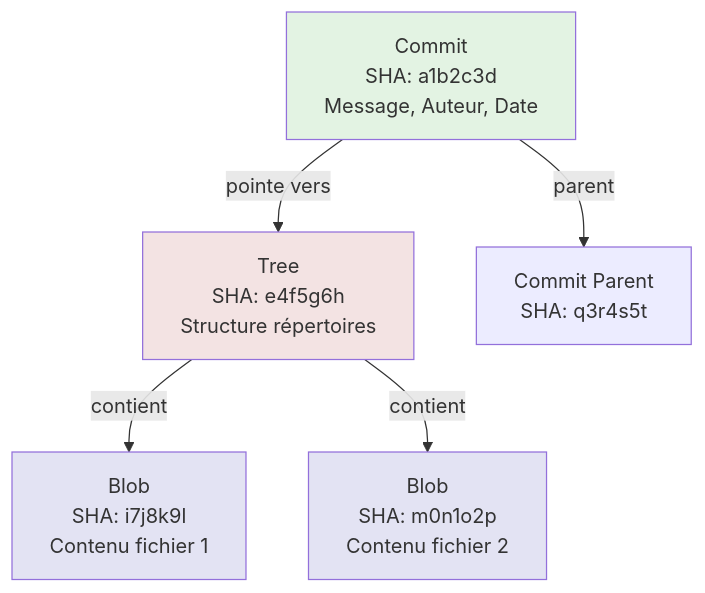
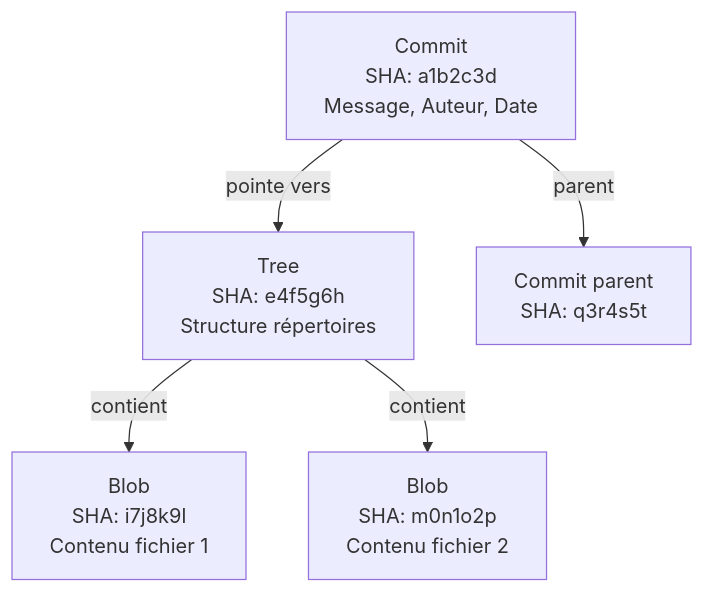
Before and after one commit to zyrass/omnydocs: the fourth of 8 diagrams in docs/bases/outils/git.md, drawn with Mermaid. The commit also changed other lines of this file and 89 other files, not shown here.

````diff
--- a/docs/bases/outils/git.md
+++ b/docs/bases/outils/git.md
@@ -139,18 +120,13 @@
 ```mermaid
-graph TB
-    A[Commit<br/>SHA: a1b2c3d<br/>Message, Auteur, Date]
-    B[Tree<br/>SHA: e4f5g6h<br/>Structure répertoires]
-    C[Blob<br/>SHA: i7j8k9l<br/>Contenu fichier 1]
-    D[Blob<br/>SHA: m0n1o2p<br/>Contenu fichier 2]
-    E[Commit Parent<br/>SHA: q3r4s5t]
-    
-    A -->|pointe vers| B
-    A -->|parent| E
-    B -->|contient| C
-    B -->|contient| D
-    
-    style A fill:#e3f3e3
-    style B fill:#f3e3e3
-    style C fill:#e3e3f3
-    style D fill:#e3e3f3
+flowchart TB
+    A["Commit<br />SHA: a1b2c3d<br />Message, Auteur, Date"]
+    B["Tree<br />SHA: e4f5g6h<br />Structure répertoires"]
+    C["Blob<br />SHA: i7j8k9l<br />Contenu fichier 1"]
+    D["Blob<br />SHA: m0n1o2p<br />Contenu fichier 2"]
+    E["Commit parent<br />SHA: q3r4s5t"]
+
+    A -->|"pointe vers"| B
+    A -->|"parent"| E
+    B -->|"contient"| C
+    B -->|"contient"| D
 ```
````
